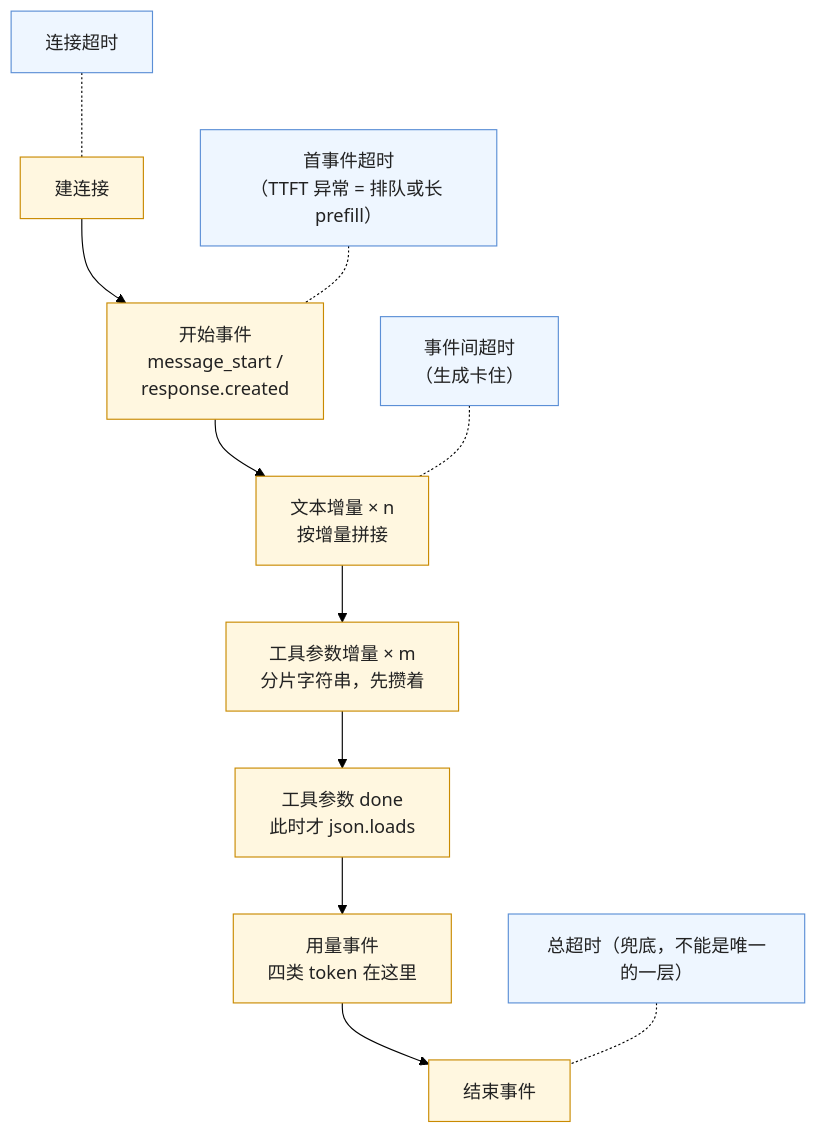
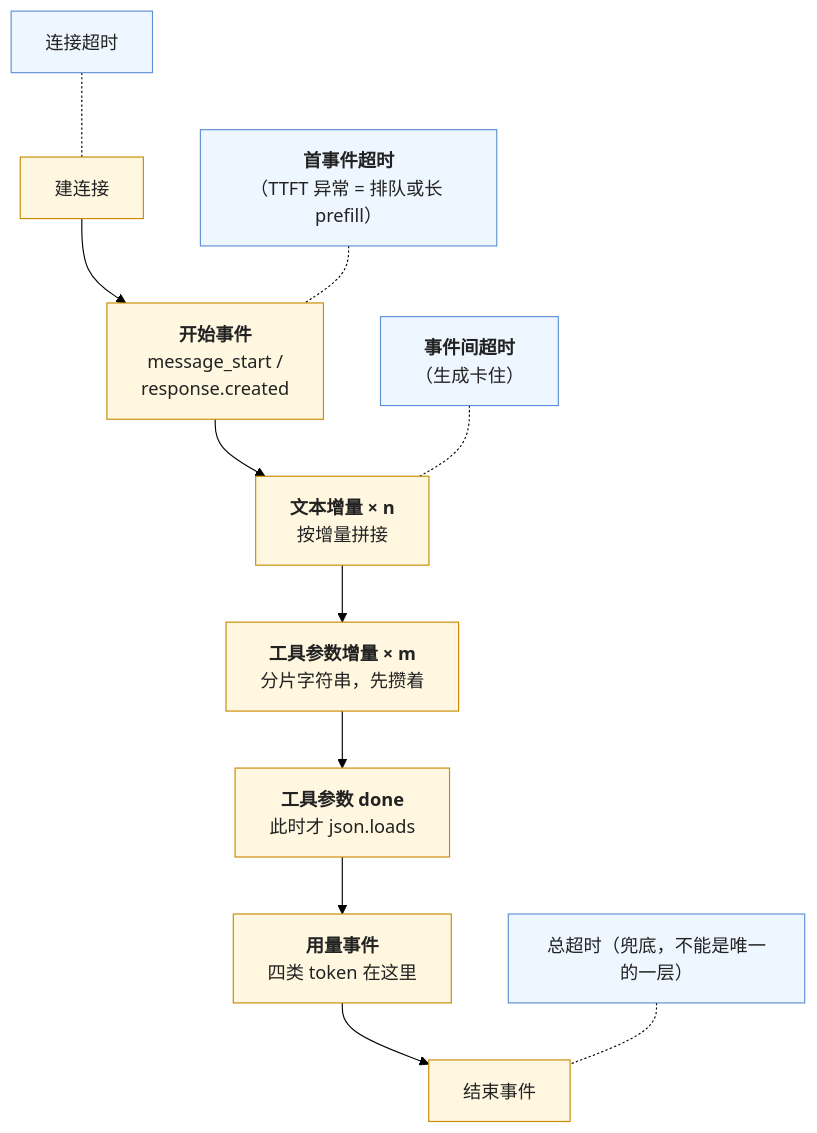
One commit to arganzheng/arganzheng.github.com changed the fourth of 6 diagrams in _posts/2026-09-30-llm-api-contract-messages-tools-structured-output-and-streaming.md. Above: the diagram before and after it, drawn with Mermaid (forest theme). The commit also changed other lines of this file and 6 other files, not shown here.

First line of the commit message:
模型作为组件：契约、失效模式与选型：Mermaid 多行方框的首行标为标题（7 篇）

````diff
--- a/_posts/2026-09-30-llm-api-contract-messages-tools-structured-output-and-streaming.md
+++ b/_posts/2026-09-30-llm-api-contract-messages-tools-structured-output-and-streaming.md
@@ -200,18 +200,18 @@
 ```mermaid
 %% 图：一次流式响应的事件时间线与四层超时——连接超时管到连上、首事件超时管到第一个事件（TTFT）、事件间超时管生成卡住、总超时兜底；工具参数分片要等 done 事件再解析，用量只在末尾出现
 flowchart TB
-    C["建连接"] --> E0["开始事件<br/>message_start /<br/>response.created"]
-    E0 --> E1["文本增量 × n<br/>按增量拼接"]
-    E1 --> E2["工具参数增量 × m<br/>分片字符串，先攒着"]
-    E2 --> E3["工具参数 done<br/>此时才 json.loads"]
-    E3 --> E4["用量事件<br/>四类 token 在这里"]
+    C["建连接"] --> E0["<b>开始事件</b><br/>message_start /<br/>response.created"]
+    E0 --> E1["<b>文本增量 × n</b><br/>按增量拼接"]
+    E1 --> E2["<b>工具参数增量 × m</b><br/>分片字符串，先攒着"]
+    E2 --> E3["<b>工具参数 done</b><br/>此时才 json.loads"]
+    E3 --> E4["<b>用量事件</b><br/>四类 token 在这里"]
     E4 --> E5["结束事件"]
     T1["连接超时"] -.- C
-    T2["首事件超时<br/>（TTFT 异常 = 排队或长 prefill）"] -.- E0
-    T3["事件间超时<br/>（生成卡住）"] -.- E1
+    T2["<b>首事件超时</b><br/>（TTFT 异常 = 排队或长 prefill）"] -.- E0
+    T3["<b>事件间超时</b><br/>（生成卡住）"] -.- E1
     T4["总超时（兜底，不能是唯一的一层）"] -.- E5
     classDef ev fill:#fff7e0,stroke:#c98a00,color:#222
     classDef to fill:#eef6ff,stroke:#5b8fd6,color:#222
     class C,E0,E1,E2,E3,E4,E5 ev
     class T1,T2,T3,T4 to
 ```
````
